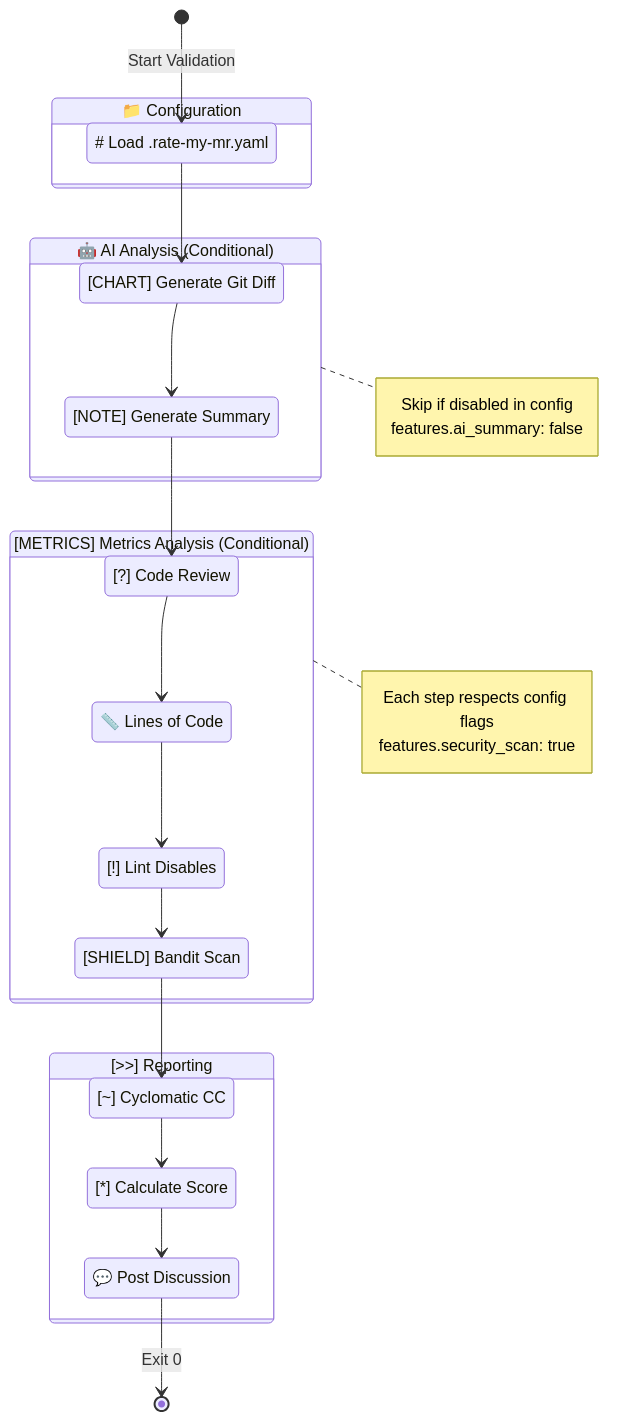
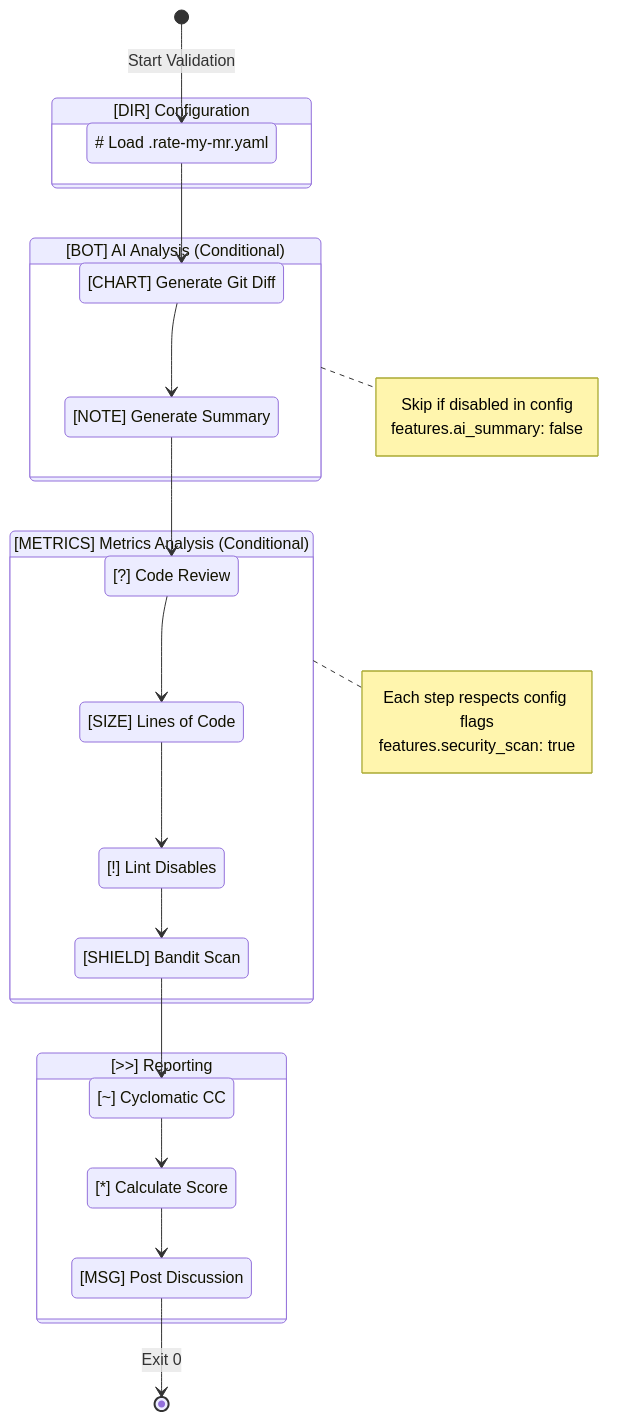
The fifth of 6 diagrams in ARCHITECTURE.md (vigneshpalanivelr/commit-validator), drawn with Mermaid before and after one commit. The commit also changed other lines of this file, not shown here.

````diff
--- a/ARCHITECTURE.md
+++ b/ARCHITECTURE.md
@@ -420,47 +420,47 @@
 ```mermaid
 stateDiagram-v2
     [*] --> LoadConfig: Start Validation
 
-    state "📁 Configuration" as Config {
+    state "[DIR] Configuration" as Config {
         LoadConfig: # Load .rate-my-mr.yaml
         LoadConfig --> CreateDiff
         CreateDiff: [CHART] Generate Git Diff
     }
 
-    state "🤖 AI Analysis (Conditional)" as AI {
+    state "[BOT] AI Analysis (Conditional)" as AI {
         CreateDiff --> AISummary
         AISummary: [NOTE] Generate Summary
         AISummary --> AICodeReview
         AICodeReview: [?] Code Review
     }
 
     state "[METRICS] Metrics Analysis (Conditional)" as Metrics {
         AICodeReview --> LOCAnalysis
-        LOCAnalysis: 📏 Lines of Code
+        LOCAnalysis: [SIZE] Lines of Code
         LOCAnalysis --> LintCheck
         LintCheck: [!] Lint Disables
         LintCheck --> SecurityScan
         SecurityScan: [SHIELD] Bandit Scan
         SecurityScan --> Complexity
         Complexity: [~] Cyclomatic CC
     }
 
     state "[>>] Reporting" as Report {
         Complexity --> Rating
         Rating: [*] Calculate Score
         Rating --> PostToGitLab
-        PostToGitLab: 💬 Post Discussion
+        PostToGitLab: [MSG] Post Discussion
     }
 
     PostToGitLab --> [*]: Exit 0
 
     note right of AI
         Skip if disabled in config
         features.ai_summary: false
     end note
 
     note right of Metrics
         Each step respects config flags
         features.security_scan: true
     end note
 ```
````
